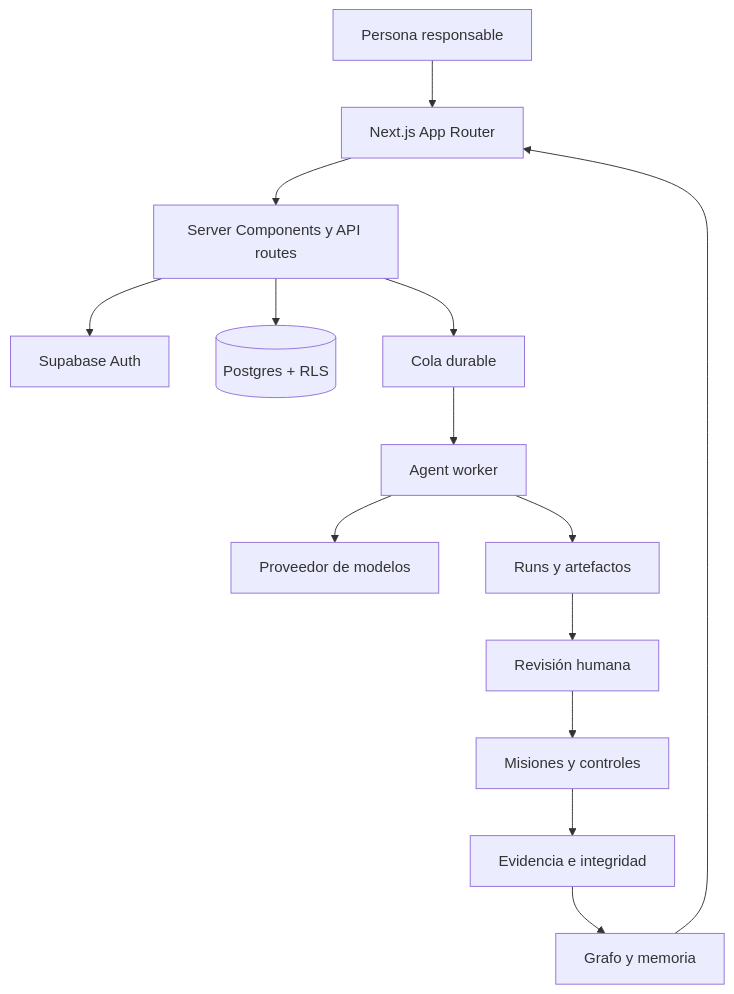
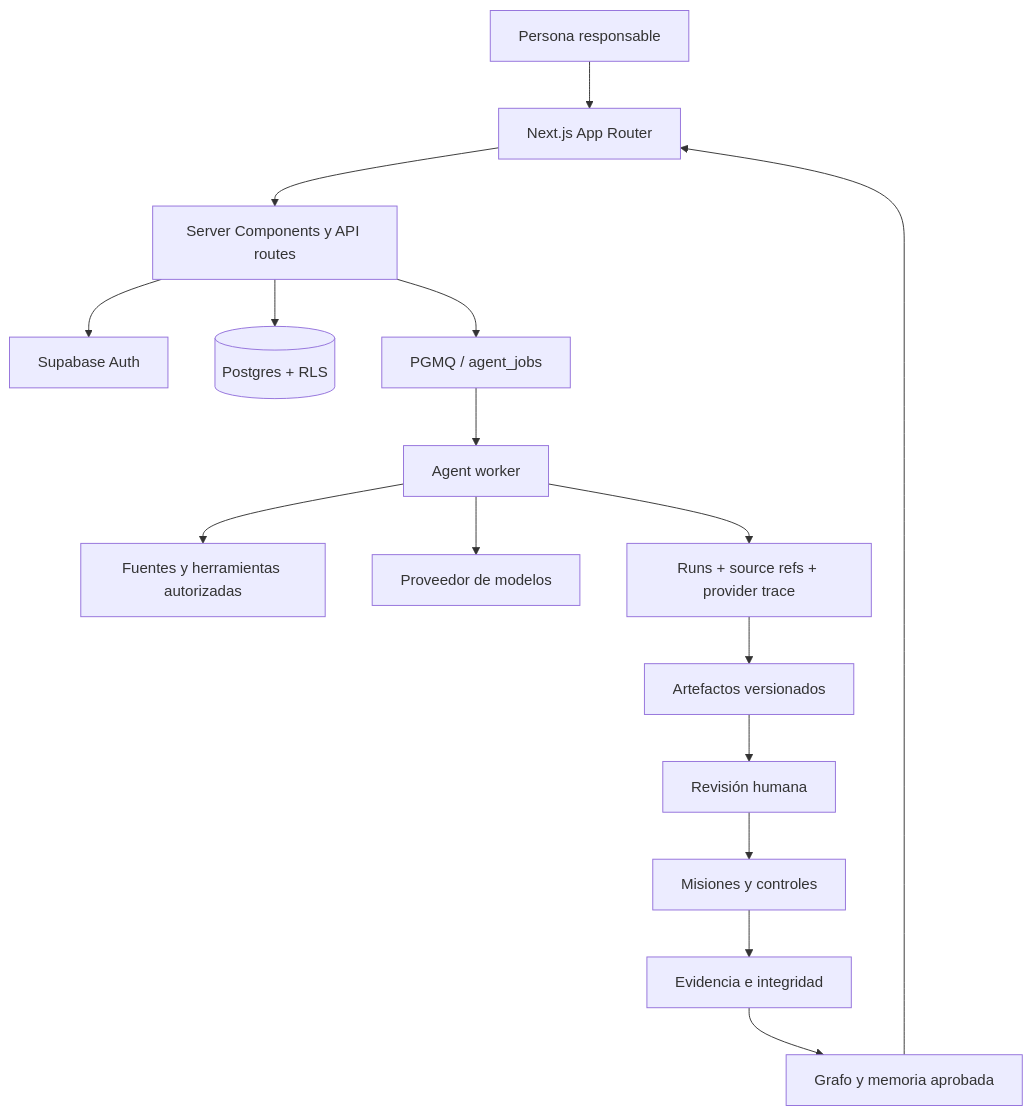
The diagram in README.md (traviscomber/kumplio), drawn with Mermaid before and after one commit. The commit also changed other lines of this file, not shown here.

````diff
--- a/README.md
+++ b/README.md
@@ -186,16 +340,18 @@
 ```mermaid
 flowchart TB
   Human[Persona responsable] --> UI[Next.js App Router]
   UI --> Server[Server Components y API routes]
   Server --> Auth[Supabase Auth]
   Server --> DB[(Postgres + RLS)]
-  Server --> Queue[Cola durable]
+  Server --> Queue[PGMQ / agent_jobs]
   Queue --> Worker[Agent worker]
+  Worker --> Sources[Fuentes y herramientas autorizadas]
   Worker --> Provider[Proveedor de modelos]
-  Worker --> Runs[Runs y artefactos]
-  Runs --> Review[Revisión humana]
+  Worker --> Runs[Runs + source refs + provider trace]
+  Runs --> Artifacts[Artefactos versionados]
+  Artifacts --> Review[Revisión humana]
   Review --> Work[Misiones y controles]
   Work --> Evidence[Evidencia e integridad]
-  Evidence --> Memory[Grafo y memoria]
+  Evidence --> Memory[Grafo y memoria aprobada]
   Memory --> UI
 ```
````
